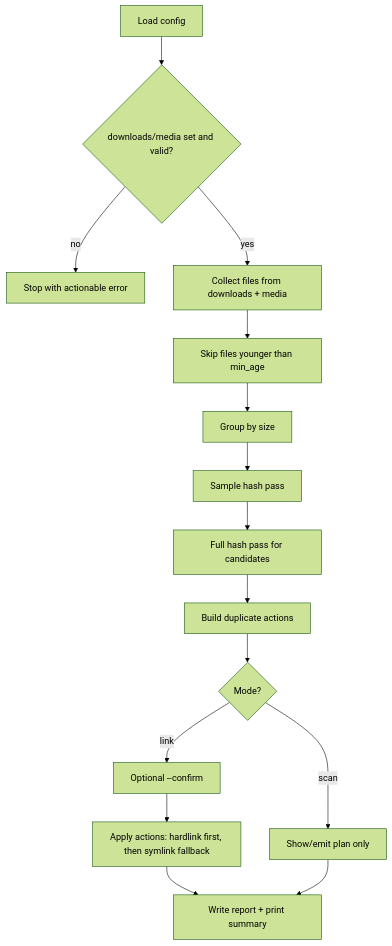
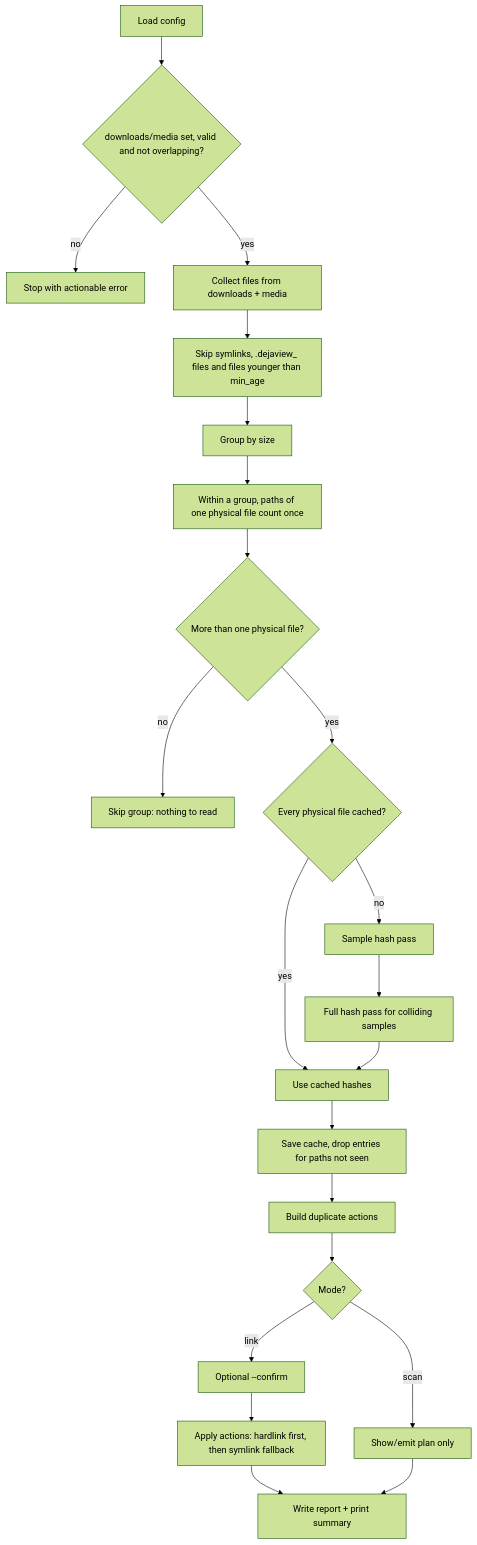
One commit to BattermanZ/DejaView changed the third of 6 diagrams in docs/HOW_IT_WORKS.md. Above: the diagram before and after it, drawn with Mermaid (forest theme). The commit also changed other lines of this file and 1 other file, not shown here.

````diff
--- a/docs/HOW_IT_WORKS.md
+++ b/docs/HOW_IT_WORKS.md
@@ -58,17 +68,24 @@
 ```mermaid
 flowchart TD
-    A[Load config] --> B{downloads/media set and valid?}
+    A[Load config] --> B{downloads/media set, valid and not overlapping?}
     B -- no --> X[Stop with actionable error]
     B -- yes --> C[Collect files from downloads + media]
-    C --> D[Skip files younger than min_age]
+    C --> D[Skip symlinks, .dejaview_ files and files younger than min_age]
     D --> E[Group by size]
-    E --> F[Sample hash pass]
-    F --> G[Full hash pass for candidates]
-    G --> H[Build duplicate actions]
-    H --> I{Mode?}
-    I -- scan --> J[Show/emit plan only]
-    I -- link --> K[Optional --confirm]
-    K --> L[Apply actions: hardlink first, then symlink fallback]
-    L --> M[Write report + print summary]
-    J --> M
+    E --> F[Within a group, paths of one physical file count once]
+    F --> G{More than one physical file?}
+    G -- no --> SKIP[Skip group: nothing to read]
+    G -- yes --> H{Every physical file cached?}
+    H -- yes --> K[Use cached hashes]
+    H -- no --> I[Sample hash pass]
+    I --> J[Full hash pass for colliding samples]
+    J --> K
+    K --> L[Save cache, drop entries for paths not seen]
+    L --> M[Build duplicate actions]
+    M --> N{Mode?}
+    N -- scan --> O[Show/emit plan only]
+    N -- link --> P[Optional --confirm]
+    P --> Q[Apply actions: hardlink first, then symlink fallback]
+    Q --> R[Write report + print summary]
+    O --> R
 ```
````
